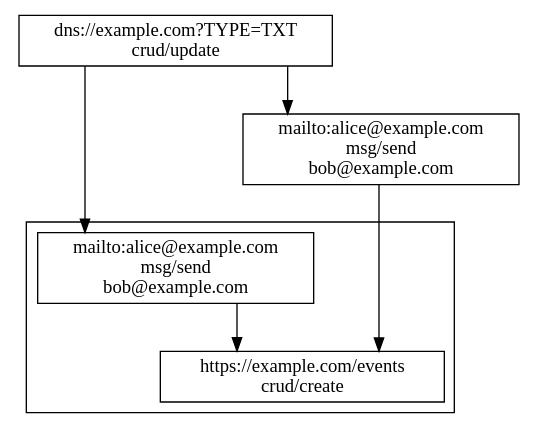
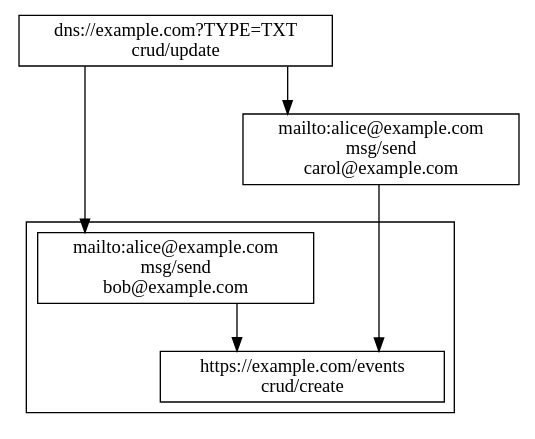
The diagram in diagrams/serial-pipeline.dot (ucan-wg/invocation), drawn with Graphviz before and after one commit. The commit also changed 1 other file, not shown here.

Commit message:
Fix pipeline diagrams

```diff
--- a/diagrams/serial-pipeline.dot
+++ b/diagrams/serial-pipeline.dot
@@ -1,29 +1,29 @@
 digraph {
     splines  = ortho
 
     node [shape = box]
 
     top -> left
     top -> right
     right -> bottom:nne
     left -> bottom
 
     top -> hidden -> left [style = invis]
     hidden -> right [style = invis]
     hidden [style = invis]
     {rank = same; hidden right}
 
     top    [label = "dns://example.com?TYPE=TXT\ncrud/update"]
-    right  [label = "mailto:alice@example.com\nmsg/send\nbob@example.com"]
+    right  [label = "mailto:alice@example.com\nmsg/send\ncarol@example.com"]
 
     subgraph cluster {
         left   [label = "mailto:alice@example.com\nmsg/send\nbob@example.com"]
         bottom [label = "https://example.com/events\ncrud/create"]
 
         hidden2 [style = invis]
         left:s -> hidden2:n [style = invis]
         hidden2:e -> bottom:w [style = invis]
 
         {rank = same; hidden2 bottom}
     }
 }
```
